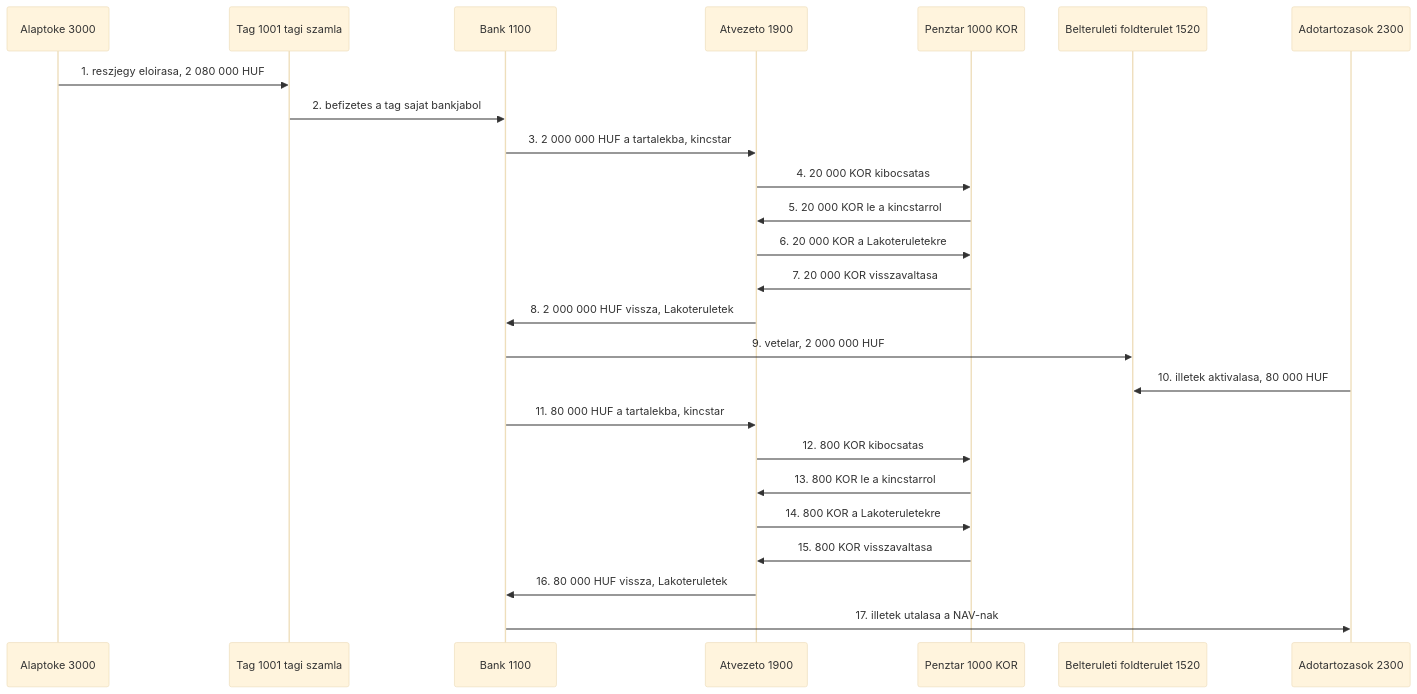
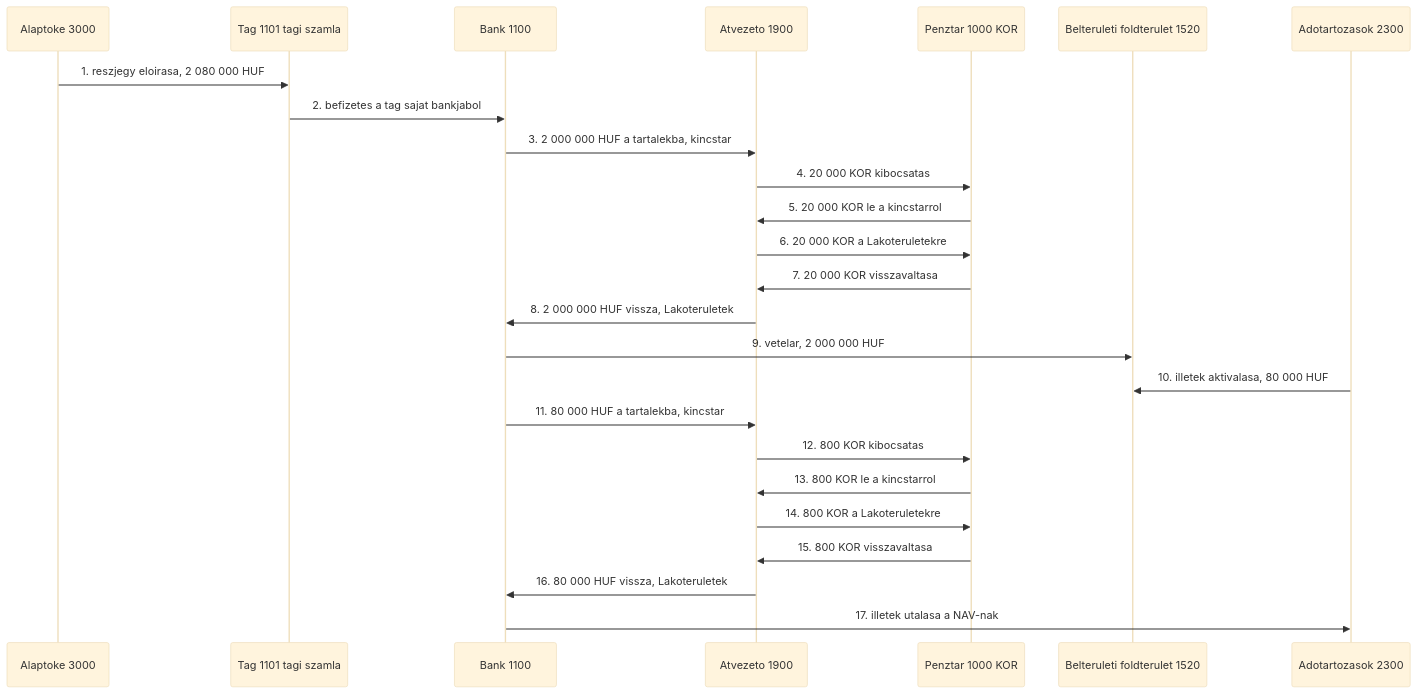
One commit to pitiboy/curr changed diagram 14 of 17 in docs/transaction-workflow.md. Above: the diagram before and after it, drawn with Mermaid (base theme). The commit also changed other lines of this file and 8 other files, not shown here.

````diff
--- a/docs/transaction-workflow.md
+++ b/docs/transaction-workflow.md
@@ -551,28 +619,28 @@
 ```mermaid
 sequenceDiagram
   participant Toke as Alaptoke 3000
-  participant Tag as Tag 1001 tagi szamla
+  participant Tag as Tag 1101 tagi szamla
   participant Bank as Bank 1100
   participant Atv as Atvezeto 1900
   participant Penztar as Penztar 1000 KOR
   participant Telek as Belteruleti foldterulet 1520
   participant Ado as Adotartozasok 2300
 
   Toke->>Tag: 1. reszjegy eloirasa, 2 080 000 HUF
   Tag->>Bank: 2. befizetes a tag sajat bankjabol
   Bank->>Atv: 3. 2 000 000 HUF a tartalekba, kincstar
   Atv->>Penztar: 4. 20 000 KOR kibocsatas
   Penztar->>Atv: 5. 20 000 KOR le a kincstarrol
   Atv->>Penztar: 6. 20 000 KOR a Lakoteruletekre
   Penztar->>Atv: 7. 20 000 KOR visszavaltasa
   Atv->>Bank: 8. 2 000 000 HUF vissza, Lakoteruletek
   Bank->>Telek: 9. vetelar, 2 000 000 HUF
   Ado->>Telek: 10. illetek aktivalasa, 80 000 HUF
   Bank->>Atv: 11. 80 000 HUF a tartalekba, kincstar
   Atv->>Penztar: 12. 800 KOR kibocsatas
   Penztar->>Atv: 13. 800 KOR le a kincstarrol
   Atv->>Penztar: 14. 800 KOR a Lakoteruletekre
   Penztar->>Atv: 15. 800 KOR visszavaltasa
   Atv->>Bank: 16. 80 000 HUF vissza, Lakoteruletek
   Bank->>Ado: 17. illetek utalasa a NAV-nak
 ```
````
